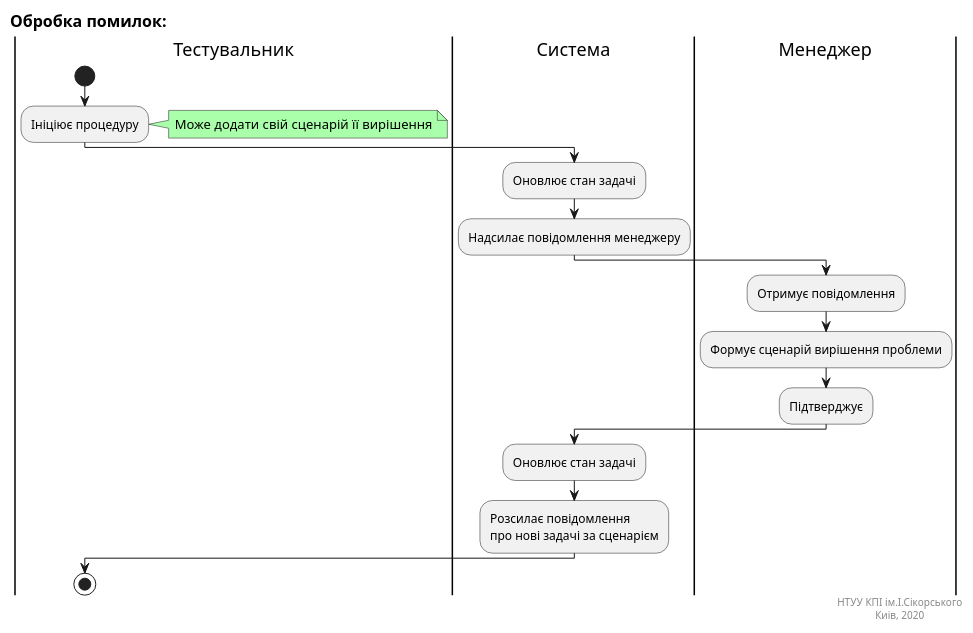
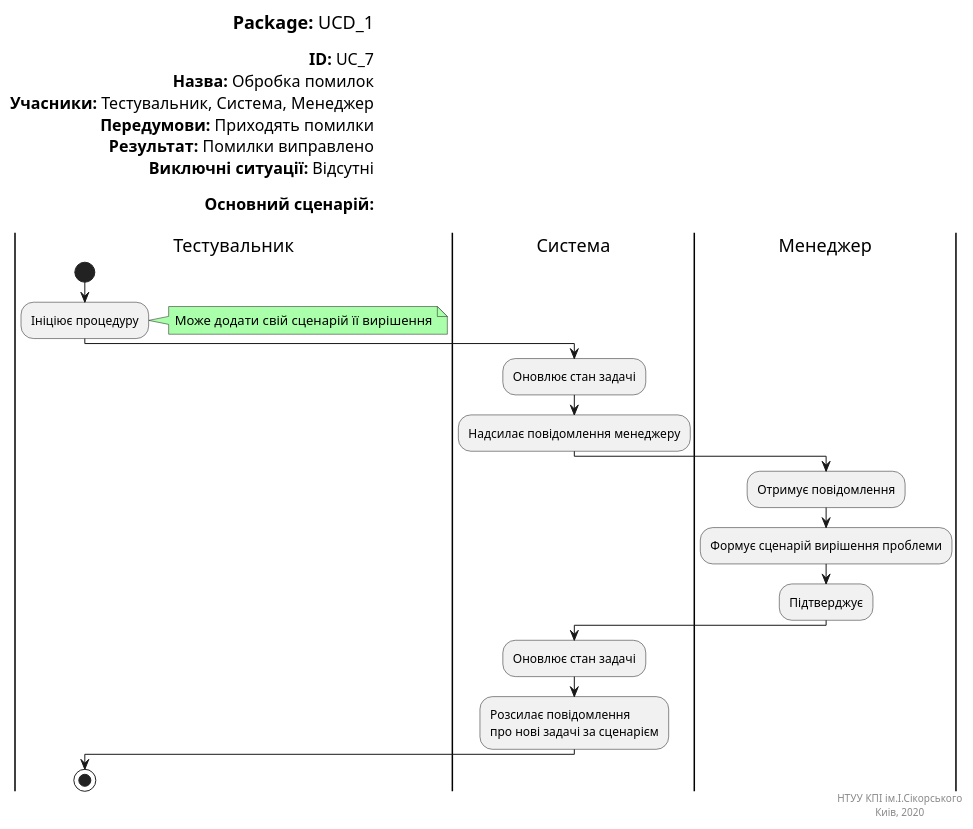
Before and after one commit to Jirobus/Core: the diagram in docs/puml/handleErrors.puml, drawn with PlantUML.

```diff
--- a/docs/puml/handleErrors.puml
+++ b/docs/puml/handleErrors.puml
@@ -1,35 +1,44 @@
 @startuml handleErrorsUC
+left header
+<font color=000 size=18><b>Package:</b> UCD_1
 
-left header
-<font size=16 color=black><b>Обробка помилок:</b> 
+<font color=000 size=16><b>ID:</b> UC_7
+<font color=000 size=16><b>Назва:</b> Обробка помилок
+<font color=000 size=16><b>Учасники:</b> Тестувальник, Система, Менеджер
+<font color=000 size=16><b>Передумови:</b> Приходять помилки
+<font color=000 size=16><b>Результат:</b> Помилки виправлено
+<font color=000 size=16><b>Виключні ситуації:</b> Відсутні
+
+<font color=000 size=16><b>Основний сценарій:</b> 
+
 end header
 
 |Тестувальник|
 start
 :Ініціює процедуру;
 note right #aaffaa
 Може додати свій сценарій її вирішення
 end note
 
 |Система|
 :Оновлює стан задачі;
 :Надсилає повідомлення менеджеру;
 
 |Менеджер|
 :Отримує повідомлення;
 :Формує сценарій вирішення проблеми;
 :Підтверджує;
 
 |Система|
 :Оновлює стан задачі;
 :Розсилає повідомлення 
 про нові задачі за сценарієм;
 
 |Тестувальник|
 stop
 
 right footer
 НТУУ КПІ ім.І.Сікорського
 Киів, 2020 
 end footer
 @enduml
```
